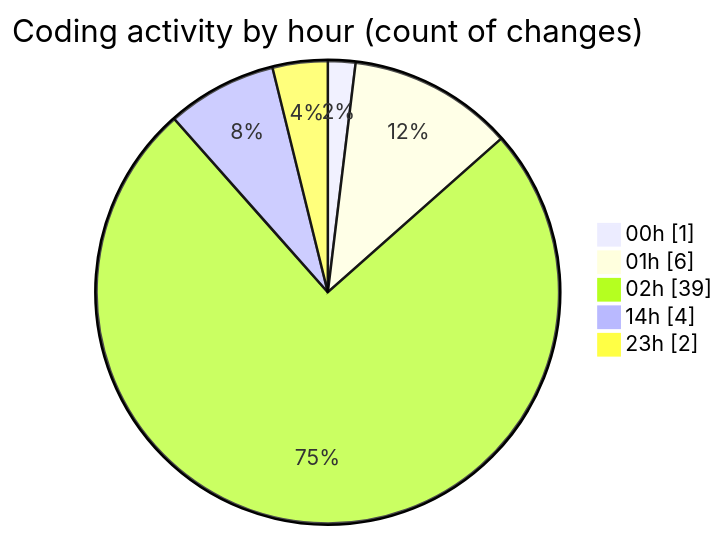
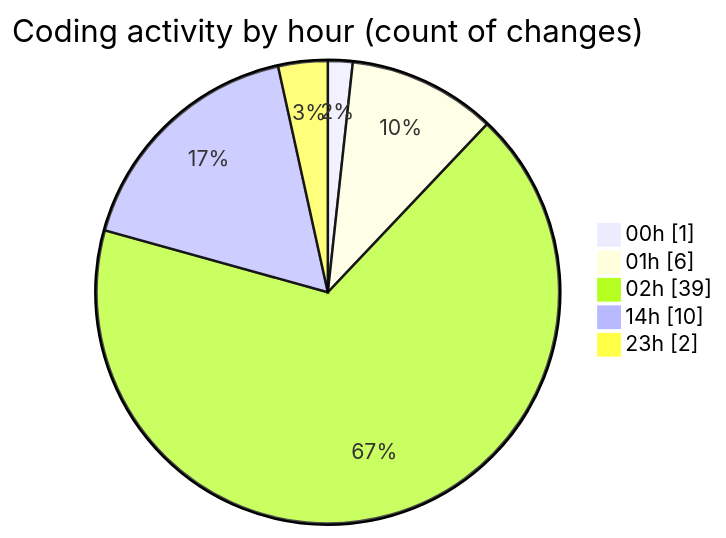
Before and after one commit to charlie-sans/code-tracking: the second of 2 diagrams in 2025-02-19/masm/README.md, drawn with Mermaid. The commit also changed other lines of this file and 1 other file, not shown here.

````diff
--- a/2025-02-19/masm/README.md
+++ b/2025-02-19/masm/README.md
@@ -35,9 +37,9 @@
 ```mermaid
 pie showData
 title Coding activity by hour (count of changes)
 "00h" : 1
 "01h" : 6
 "02h" : 39
-"14h" : 4
+"14h" : 10
 "23h" : 2
 ```
````
